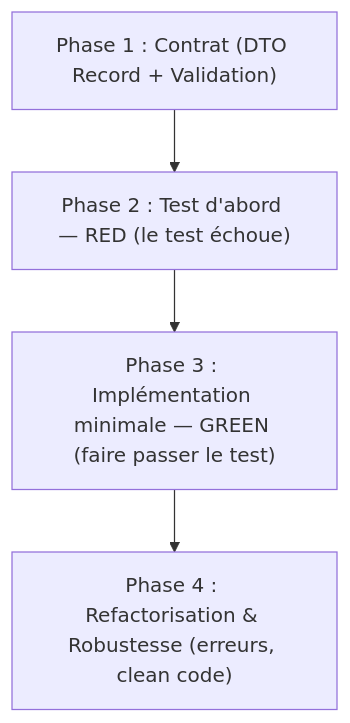
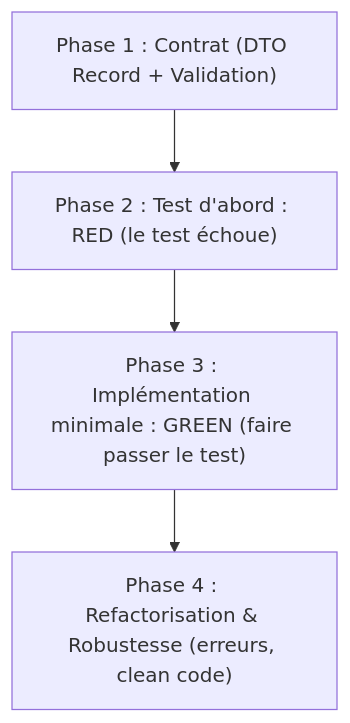
The diagram in skills/haymitch/references/vertical-slice-workflow.md (GARNIER-Emmanuel/haymitch-skills), drawn with Mermaid before and after one commit. The commit also changed other lines of this file and 14 other files, not shown here.

````diff
--- a/skills/haymitch/references/vertical-slice-workflow.md
+++ b/skills/haymitch/references/vertical-slice-workflow.md
@@ -39,6 +39,6 @@
 ```mermaid
 graph TD
-    A["Phase 1 : Contrat (DTO Record + Validation)"] --> B["Phase 2 : Test d'abord — RED (le test échoue)"]
-    B --> C["Phase 3 : Implémentation minimale — GREEN (faire passer le test)"]
+    A["Phase 1 : Contrat (DTO Record + Validation)"] --> B["Phase 2 : Test d'abord : RED (le test échoue)"]
+    B --> C["Phase 3 : Implémentation minimale : GREEN (faire passer le test)"]
     C --> D["Phase 4 : Refactorisation & Robustesse (erreurs, clean code)"]
 ```
````
